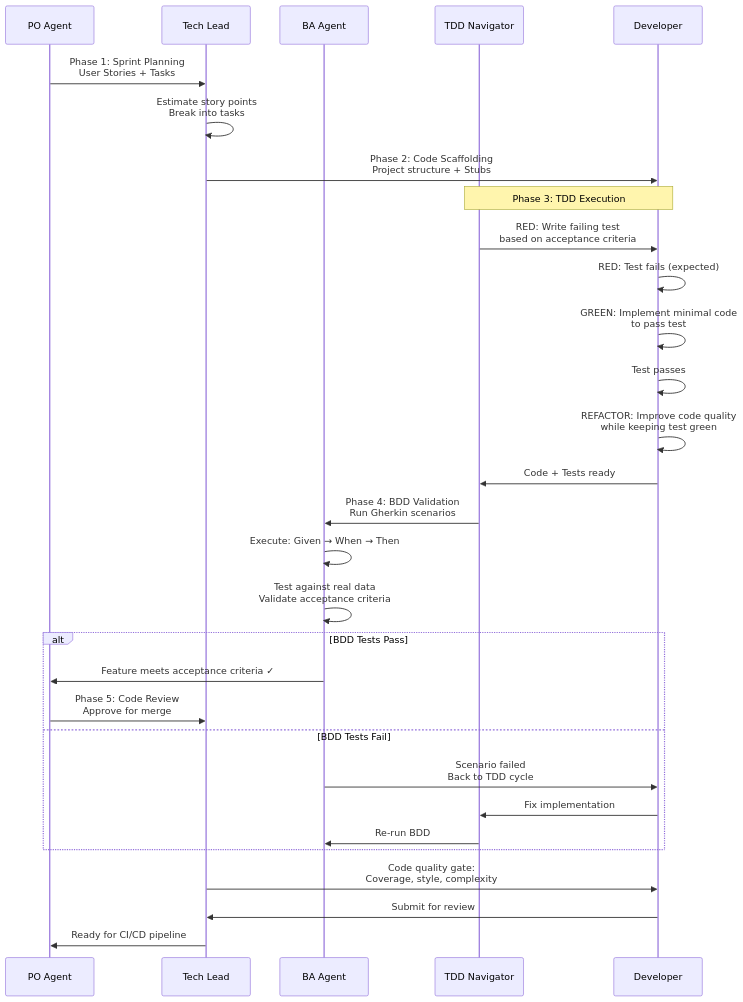
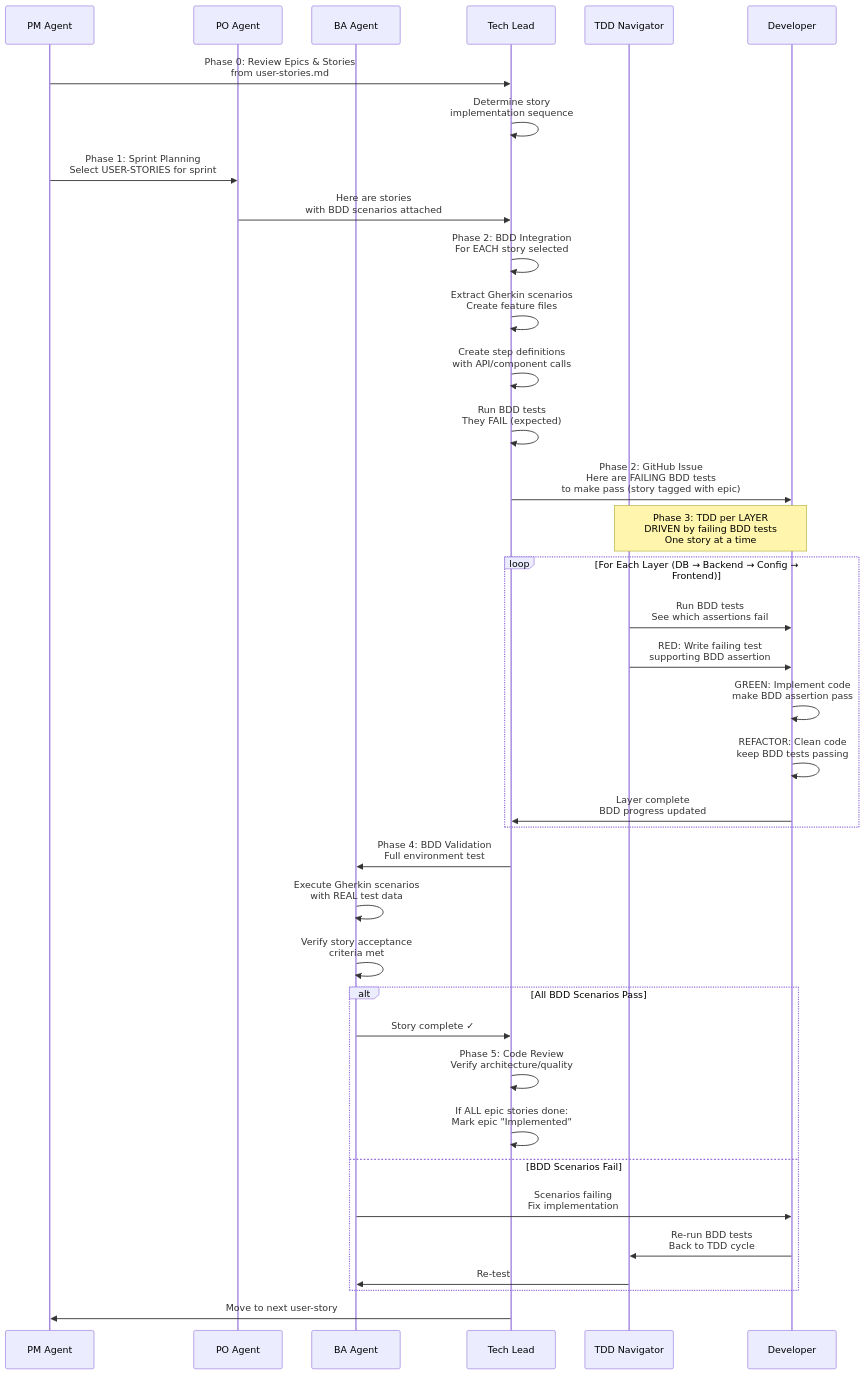
Before and after one commit to oboukhris-palo/training-day-3: the second of 6 diagrams in project-template/.github/README.md, drawn with Mermaid. The commit also changed other lines of this file and 8 other files, not shown here.

Commit message:
feat: Enhance PM agent with Jira MCP integration for epic and user story management, workflow BDD enhancement

````diff
--- a/project-template/.github/README.md
+++ b/project-template/.github/README.md
@@ -68,39 +132,48 @@
 ```mermaid
 sequenceDiagram
+    participant PM as PM Agent
     participant PO as PO Agent
+    participant BA as BA Agent
     participant TL as Tech Lead
-    participant BA as BA Agent
     participant TDD as TDD Navigator
     participant Dev as Developer
     
-    PO->>TL: Phase 1: Sprint Planning<br/>User Stories + Tasks
-    TL->>TL: Estimate story points<br/>Break into tasks
-    TL->>Dev: Phase 2: Code Scaffolding<br/>Project structure + Stubs
+    PM->>TL: Phase 0: Review Epics & Stories<br/>from user-stories.md
+    TL->>TL: Determine story<br/>implementation sequence
     
-    Note over TDD,Dev: Phase 3: TDD Execution
-    TDD->>Dev: RED: Write failing test<br/>based on acceptance criteria
-    Dev->>Dev: RED: Test fails (expected)
+    PM->>PO: Phase 1: Sprint Planning<br/>Select USER-STORIES for sprint
+    PO->>TL: Here are stories<br/>with BDD scenarios attached
     
-    Dev->>Dev: GREEN: Implement minimal code<br/>to pass test
-    Dev->>Dev: Test passes
+    TL->>TL: Phase 2: BDD Integration<br/>For EACH story selected
+    TL->>TL: Extract Gherkin scenarios<br/>Create feature files
+    TL->>TL: Create step definitions<br/>with API/component calls
+    TL->>TL: Run BDD tests<br/>They FAIL (expected)
     
-    Dev->>Dev: REFACTOR: Improve code quality<br/>while keeping test green
-    Dev->>TDD: Code + Tests ready
+    TL->>Dev: Phase 2: GitHub Issue<br/>Here are FAILING BDD tests<br/>to make pass (story tagged with epic)
     
-    TDD->>BA: Phase 4: BDD Validation<br/>Run Gherkin scenarios
-    BA->>BA: Execute: Given → When → Then
-    BA->>BA: Test against real data<br/>Validate acceptance criteria
+    Note over TDD,Dev: Phase 3: TDD per LAYER<br/>DRIVEN by failing BDD tests<br/>One story at a time
     
-    alt BDD Tests Pass
-        BA->>PO: Feature meets acceptance criteria ✓
-        PO->>TL: Phase 5: Code Review<br/>Approve for merge
-    else BDD Tests Fail
-        BA->>Dev: Scenario failed<br/>Back to TDD cycle
-        Dev->>TDD: Fix implementation
-        TDD->>BA: Re-run BDD
+    loop For Each Layer (DB → Backend → Config → Frontend)
+        TDD->>Dev: Run BDD tests<br/>See which assertions fail
+        TDD->>Dev: RED: Write failing test<br/>supporting BDD assertion
+        Dev->>Dev: GREEN: Implement code<br/>make BDD assertion pass
+        Dev->>Dev: REFACTOR: Clean code<br/>keep BDD tests passing
+        Dev->>TL: Layer complete<br/>BDD progress updated
     end
     
-    TL->>Dev: Code quality gate: <br/>Coverage, style, complexity
-    Dev->>TL: Submit for review
-    TL->>PO: Ready for CI/CD pipeline
+    TL->>BA: Phase 4: BDD Validation<br/>Full environment test
+    BA->>BA: Execute Gherkin scenarios<br/>with REAL test data
+    BA->>BA: Verify story acceptance<br/>criteria met
+    
+    alt All BDD Scenarios Pass
+        BA->>TL: Story complete ✓
+        TL->>TL: Phase 5: Code Review<br/>Verify architecture/quality
+        TL->>TL: If ALL epic stories done:<br/>Mark epic "Implemented"
+    else BDD Scenarios Fail
+        BA->>Dev: Scenarios failing<br/>Fix implementation
+        Dev->>TDD: Re-run BDD tests<br/>Back to TDD cycle
+        TDD->>BA: Re-test
+    end
+    
+    TL->>PM: Move to next user-story
 ```
````
